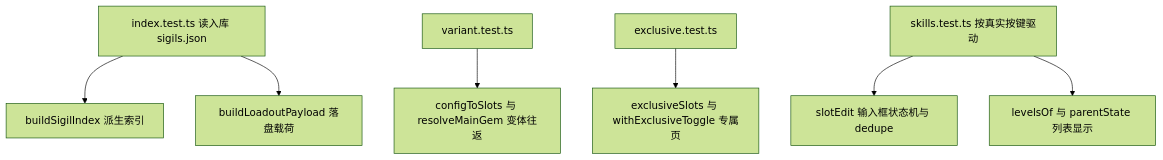
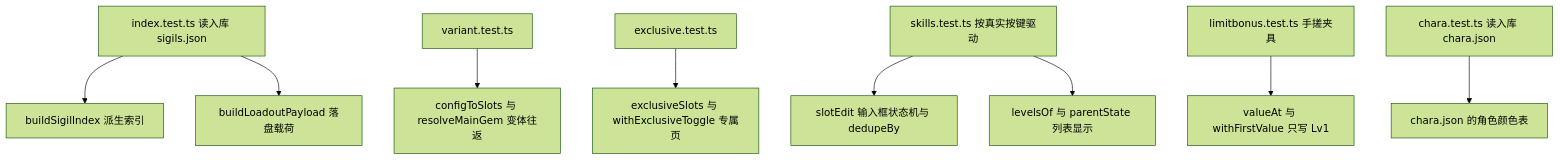
Before and after one commit to baagod/GBFR-Sigil-Loadout: the second of 2 diagrams in openwiki/testing/verification-map.md, drawn with Mermaid (forest theme). The commit also changed other lines of this file and 52 other files, not shown here.

````diff
--- a/openwiki/testing/verification-map.md
+++ b/openwiki/testing/verification-map.md
@@ -195,9 +264,11 @@
 ```mermaid
 flowchart TD
     T1["index.test.ts 读入库 sigils.json"] --> M1["buildSigilIndex 派生索引"]
     T1 --> M2["buildLoadoutPayload 落盘载荷"]
     T2["variant.test.ts"] --> M3["configToSlots 与 resolveMainGem 变体往返"]
     T3["exclusive.test.ts"] --> M4["exclusiveSlots 与 withExclusiveToggle 专属页"]
-    T4["skills.test.ts 按真实按键驱动"] --> M5["slotEdit 输入框状态机与 dedupe"]
+    T4["skills.test.ts 按真实按键驱动"] --> M5["slotEdit 输入框状态机与 dedupeBy"]
     T4 --> M6["levelsOf 与 parentState 列表显示"]
+    T5["limitbonus.test.ts 手搓夹具"] --> M7["valueAt 与 withFirstValue 只写 Lv1"]
+    T6["chara.test.ts 读入库 chara.json"] --> M8["chara.json 的角色颜色表"]
 ```
````
